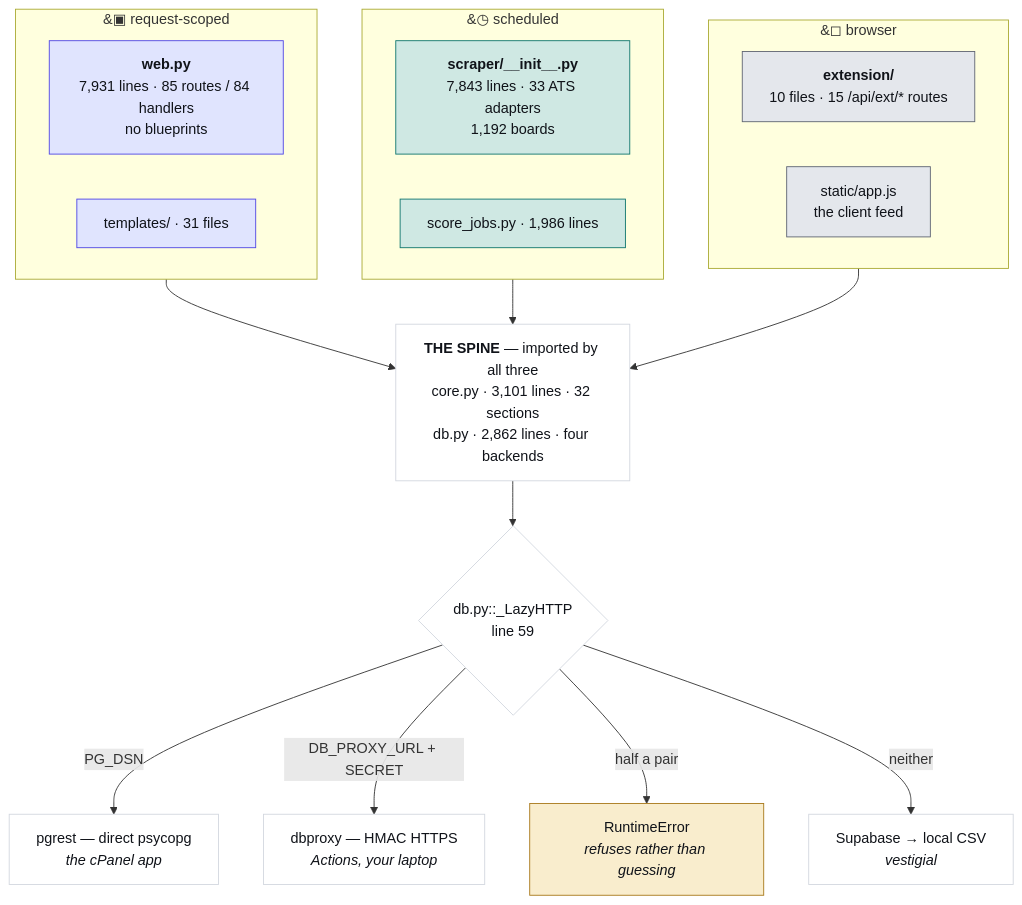
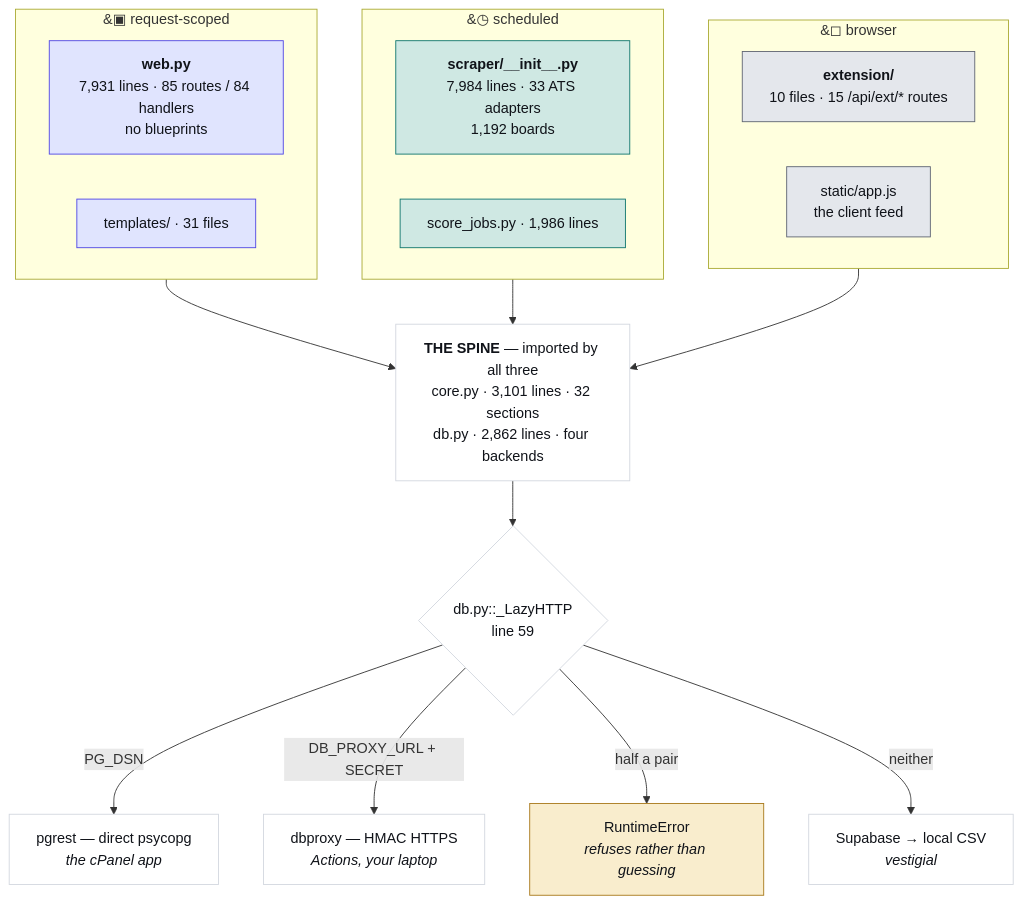
Before and after one commit to hadakunal909-debug/job-search-tool: the first of 4 diagrams in JobMatch Scraper/docs/ARCHITECTURE.md, drawn with Mermaid. The commit also changed other lines of this file and 7 other files, not shown here.

````diff
--- a/JobMatch Scraper/docs/ARCHITECTURE.md
+++ b/JobMatch Scraper/docs/ARCHITECTURE.md
@@ -45,34 +45,34 @@
 ```mermaid
 flowchart TB
   subgraph REQ["&#9635; request-scoped"]
     W["<b>web.py</b><br/>7,931 lines · 85 routes / 84 handlers<br/>no blueprints"]
     T["templates/ · 31 files"]
   end
   subgraph SCH["&#9719; scheduled"]
-    S["<b>scraper/__init__.py</b><br/>7,843 lines · 33 ATS adapters<br/>1,192 boards"]
+    S["<b>scraper/__init__.py</b><br/>7,984 lines · 33 ATS adapters<br/>1,192 boards"]
     J["score_jobs.py · 1,986 lines"]
   end
   subgraph CLI["&#9723; browser"]
     E["<b>extension/</b><br/>10 files · 15 /api/ext/* routes"]
     A["static/app.js<br/>the client feed"]
   end
   SPINE["<b>THE SPINE</b> — imported by all three<br/>core.py · 3,101 lines · 32 sections<br/>db.py · 2,862 lines · four backends"]
   REQ --> SPINE
   SCH --> SPINE
   CLI --> SPINE
   SPINE --> D{"db.py::_LazyHTTP<br/>line 59"}
   D -->|"PG_DSN"| P["pgrest — direct psycopg<br/><i>the cPanel app</i>"]
   D -->|"DB_PROXY_URL + SECRET"| X["dbproxy — HMAC HTTPS<br/><i>Actions, your laptop</i>"]
   D -->|"half a pair"| R["RuntimeError<br/><i>refuses rather than guessing</i>"]
   D -->|"neither"| V["Supabase → local CSV<br/><i>vestigial</i>"]
   classDef web fill:#e0e4fe,stroke:#4f46e5,color:#101319
   classDef sched fill:#cfe8e3,stroke:#0f766e,color:#101319
   classDef client fill:#e4e7ec,stroke:#5f6573,color:#101319
   classDef trap fill:#f9edcd,stroke:#a8781a,color:#101319
   classDef plain fill:#ffffff,stroke:#d3d7df,color:#101319
   class W,T web
   class S,J sched
   class E,A client
   class R trap
   class SPINE,D,P,X,V plain
 ```
````
